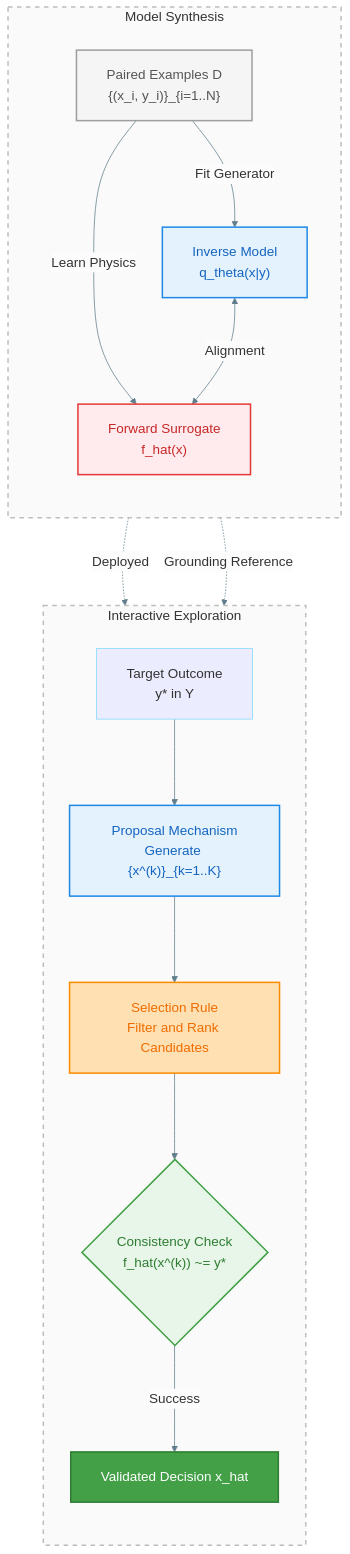
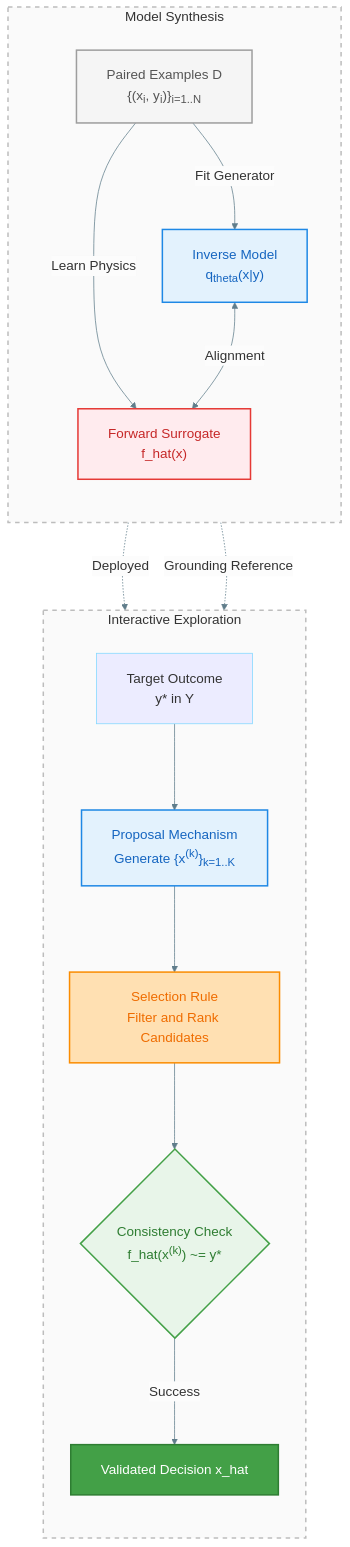
One commit to Nicola-Ibrahim/Tracing-Objectives-Backwards changed the diagram in docs/processes/system-framework.md. Above: the diagram before and after it, drawn with Mermaid. The commit also changed 3 other files, not shown here.

Commit message:
Update documentation: enhance README and add usage guide; improve system framework diagram for clarity

````diff
--- a/docs/processes/system-framework.md
+++ b/docs/processes/system-framework.md
@@ -3,71 +3,71 @@
 ```mermaid
 %%{init: {
   "theme": "default",
   "themeVariables": {
     "fontFamily": "Inter, Arial, sans-serif",
     "fontSize": "18px",
     "primaryColor": "#E7F6FF",
     "primaryBorderColor": "#0091EA",
     "primaryTextColor": "#1976D2",
     "nodeBorder": "#80D8FF",
     "edgeLabelBackground": "#FCFCFC",
     "clusterBkg": "#F3F8FC",
     "lineColor": "#607D8B"
   },
   "flowchart": {
     "curve": "basis",
     "padding": 20,
     "nodeSpacing": 50,
     "rankSpacing": 90
   }
 }}%%
 
 flowchart TD
   subgraph MODEL["Model Synthesis"]
     direction TB
-    pairedExamples["Paired Examples D<br/>{(x_i, y_i)}_{i=1..N}"]
-    inverseModel["Inverse Model<br/>q_theta(x|y)"]
+    pairedExamples["Paired Examples D<br/>{(x<sub>i</sub>, y<sub>i</sub>)}<sub>i=1..N</sub>"]
+    inverseModel["Inverse Model<br/>q<sub>theta</sub>(x|y)"]
     forwardSurrogate["Forward Surrogate<br/>f_hat(x)"]
 
     pairedExamples -->|Fit Generator| inverseModel
     pairedExamples -->|Learn Physics| forwardSurrogate
     inverseModel <-->|Alignment| forwardSurrogate
   end
 
   subgraph INTERACTIVE["Interactive Exploration"]
     direction TB
     targetOutcome["Target Outcome<br/>y* in Y"]
-    proposalMechanism["Proposal Mechanism<br/>Generate {x^(k)}_{k=1..K}"]
+    proposalMechanism["Proposal Mechanism<br/>Generate {x<sup>(k)</sup>}<sub>k=1..K</sub>"]
     selectionRule["Selection Rule<br/>Filter and Rank Candidates"]
-    consistencyCheck{"Consistency Check<br/>f_hat(x^(k)) ~= y*"}
+    consistencyCheck{"Consistency Check<br/>f_hat(x<sup>(k)</sup>) ~= y*"}
     validatedDecision["Validated Decision x_hat"]
 
     targetOutcome --> proposalMechanism
     proposalMechanism --> selectionRule
     selectionRule --> consistencyCheck
     consistencyCheck -->|Success| validatedDecision
   end
 
   inverseModel -.->|Deployed| proposalMechanism
   forwardSurrogate -.->|Grounding Reference| consistencyCheck
 
   classDef data fill:#F5F5F5,stroke:#9E9E9E,stroke-width:2px,color:#555
   classDef inverse fill:#E3F2FD,stroke:#1E88E5,stroke-width:2px,color:#1565C0
   classDef forward fill:#FFEBEE,stroke:#E53935,stroke-width:2px,color:#C62828
   classDef proposal fill:#E3F2FD,stroke:#1E88E5,stroke-width:2px,color:#1565C0
   classDef selection fill:#FFE0B2,stroke:#FB8C00,stroke-width:2px,color:#EF6C00
   classDef consistency fill:#E8F5E9,stroke:#43A047,stroke-width:2px,color:#2E7D32
   classDef validated fill:#43A047,stroke:#2E7D32,stroke-width:2px,color:#FFFFFF
 
   class pairedExamples data
   class inverseModel inverse
   class forwardSurrogate forward
   class proposalMechanism proposal
   class selectionRule selection
   class consistencyCheck consistency
   class validatedDecision validated
 
   style MODEL fill:#FAFAFA,stroke:#BDBDBD,stroke-width:2px,stroke-dasharray: 6 6
   style INTERACTIVE fill:#FAFAFA,stroke:#BDBDBD,stroke-width:2px,stroke-dasharray: 6 6
     
 ```
````
